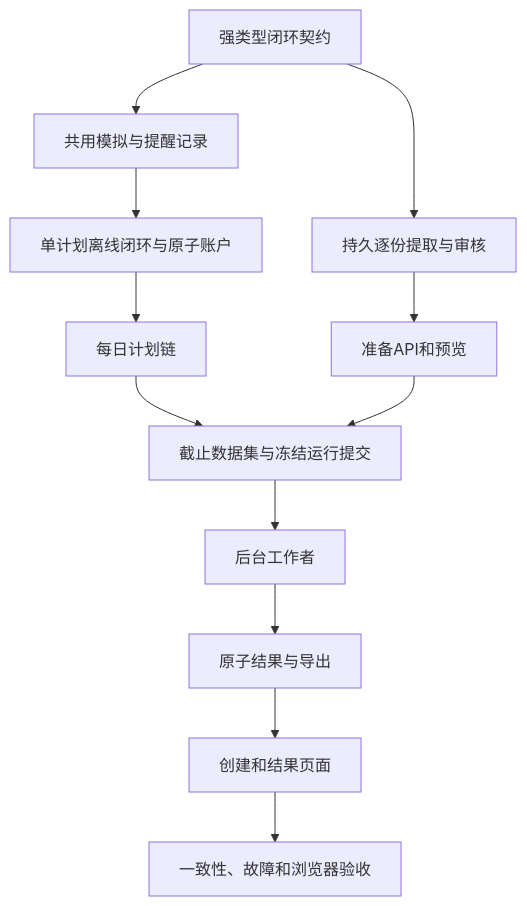
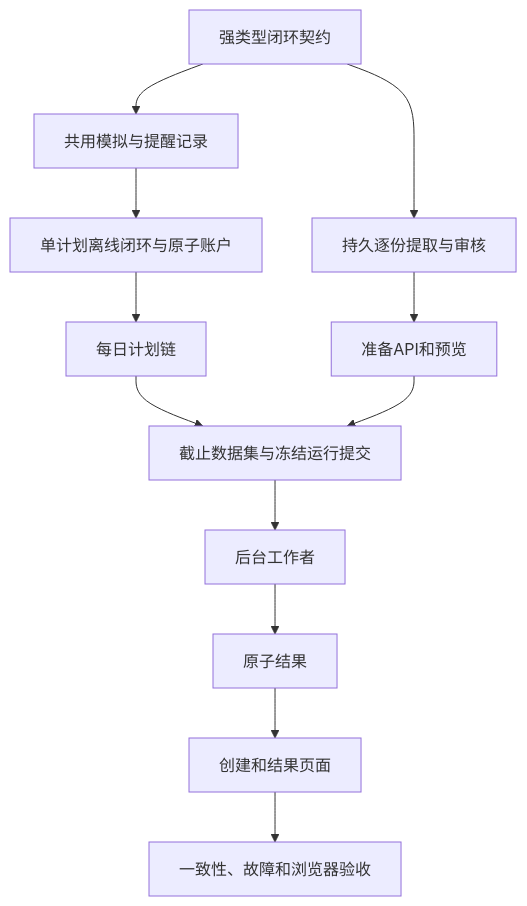
One commit to xiedc1227-bot/trade-plan-monitor changed the diagram in tasks/plan.zh-CN.md. Above: the diagram before and after it, drawn with Mermaid. The commit also changed other lines of this file and 34 other files, not shown here.

````diff
--- a/tasks/plan.zh-CN.md
+++ b/tasks/plan.zh-CN.md
@@ -32,14 +34,14 @@
 ```mermaid
 flowchart TD
     A[强类型闭环契约] --> B[共用模拟与提醒记录]
     B --> C[单计划离线闭环与原子账户]
     C --> D[每日计划链]
     A --> E[持久逐份提取与审核]
     E --> F[准备API和预览]
     D --> G[截止数据集与冻结运行提交]
     F --> G
     G --> H[后台工作者]
-    H --> I[原子结果与导出]
+    H --> I[原子结果]
     I --> J[创建和结果页面]
     J --> K[一致性、故障和浏览器验收]
 ```
````
